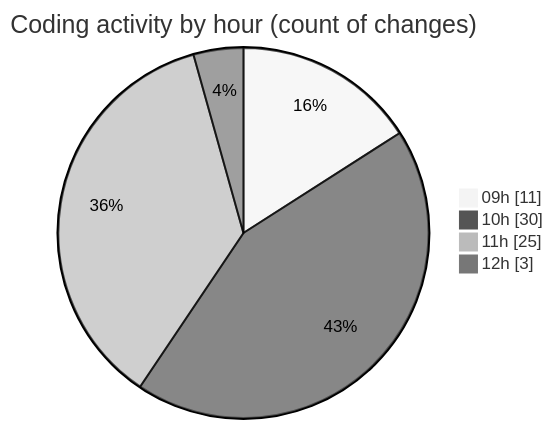
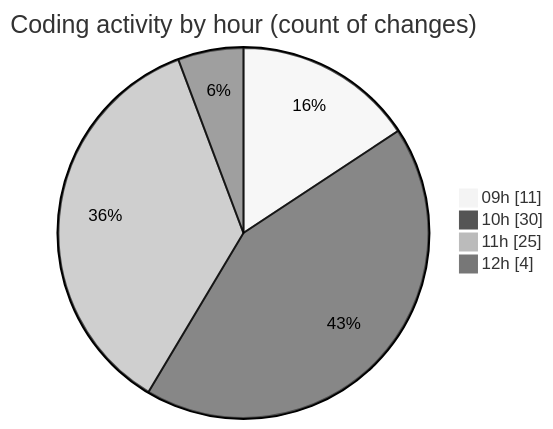
One commit to momahboobian/code-tracking changed the second of 2 diagrams in 2025-06-24/cda/README.md. Above: the diagram before and after it, drawn with Mermaid (neutral theme). The commit also changed other lines of this file and 1 other file, not shown here.

````diff
--- a/2025-06-24/cda/README.md
+++ b/2025-06-24/cda/README.md
@@ -28,8 +28,8 @@
 ```mermaid
 pie showData
 title Coding activity by hour (count of changes)
 "09h" : 11
 "10h" : 30
 "11h" : 25
-"12h" : 3
+"12h" : 4
 ```
````
